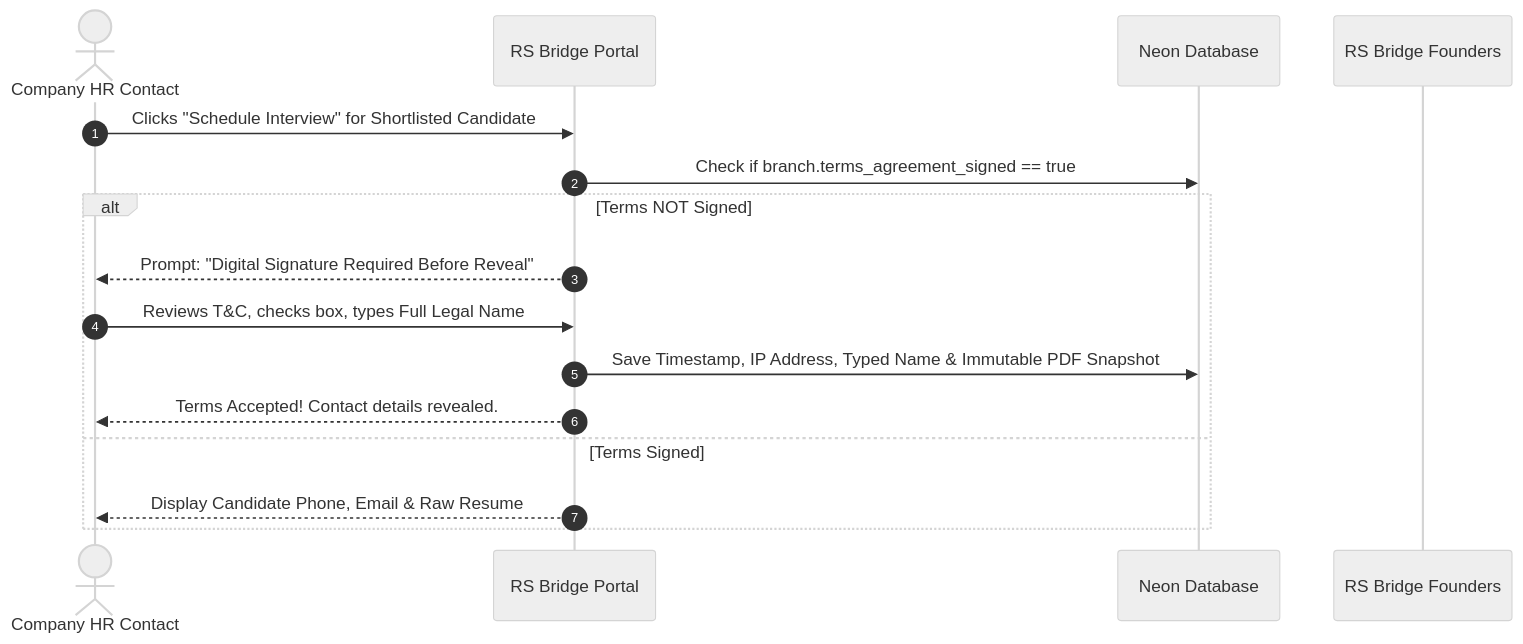
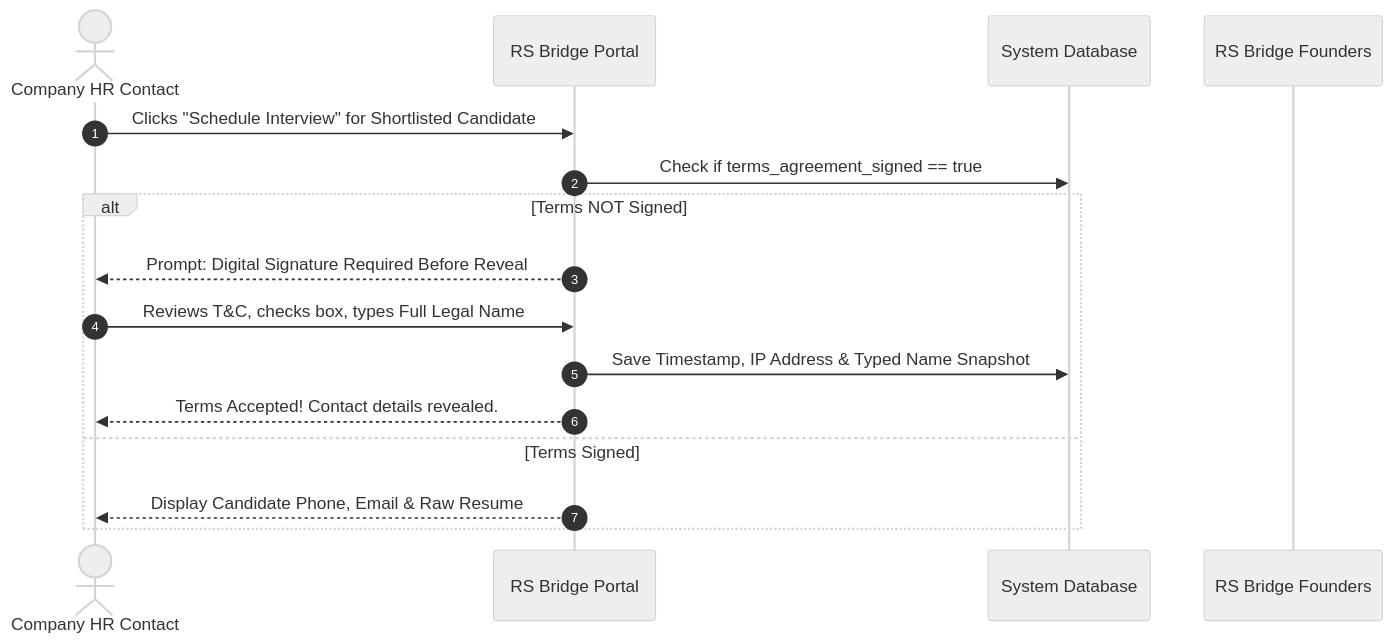
The second of 2 diagrams in docs/client_showcase.md (Someshwar-Sahu/RS_Consultancy), drawn with Mermaid (neutral theme) before and after one commit. The commit also changed other lines of this file and 1 other file, not shown here.

Commit message:
fix(docs): quote subgraph titles and node strings in mermaid diagrams

````diff
--- a/docs/client_showcase.md
+++ b/docs/client_showcase.md
@@ -72,19 +83,19 @@
 ```mermaid
 sequenceDiagram
     autonumber
     actor HR as Company HR Contact
     participant App as RS Bridge Portal
-    participant DB as Neon Database
+    participant DB as System Database
     participant Admin as RS Bridge Founders
 
     HR->>App: Clicks "Schedule Interview" for Shortlisted Candidate
-    App->>DB: Check if branch.terms_agreement_signed == true
+    App->>DB: Check if terms_agreement_signed == true
     alt Terms NOT Signed
-        App-->>HR: Prompt: "Digital Signature Required Before Reveal"
+        App-->>HR: Prompt: Digital Signature Required Before Reveal
         HR->>App: Reviews T&C, checks box, types Full Legal Name
-        App->>DB: Save Timestamp, IP Address, Typed Name & Immutable PDF Snapshot
+        App->>DB: Save Timestamp, IP Address & Typed Name Snapshot
         App-->>HR: Terms Accepted! Contact details revealed.
     else Terms Signed
         App-->>HR: Display Candidate Phone, Email & Raw Resume
     end
 ```
````
